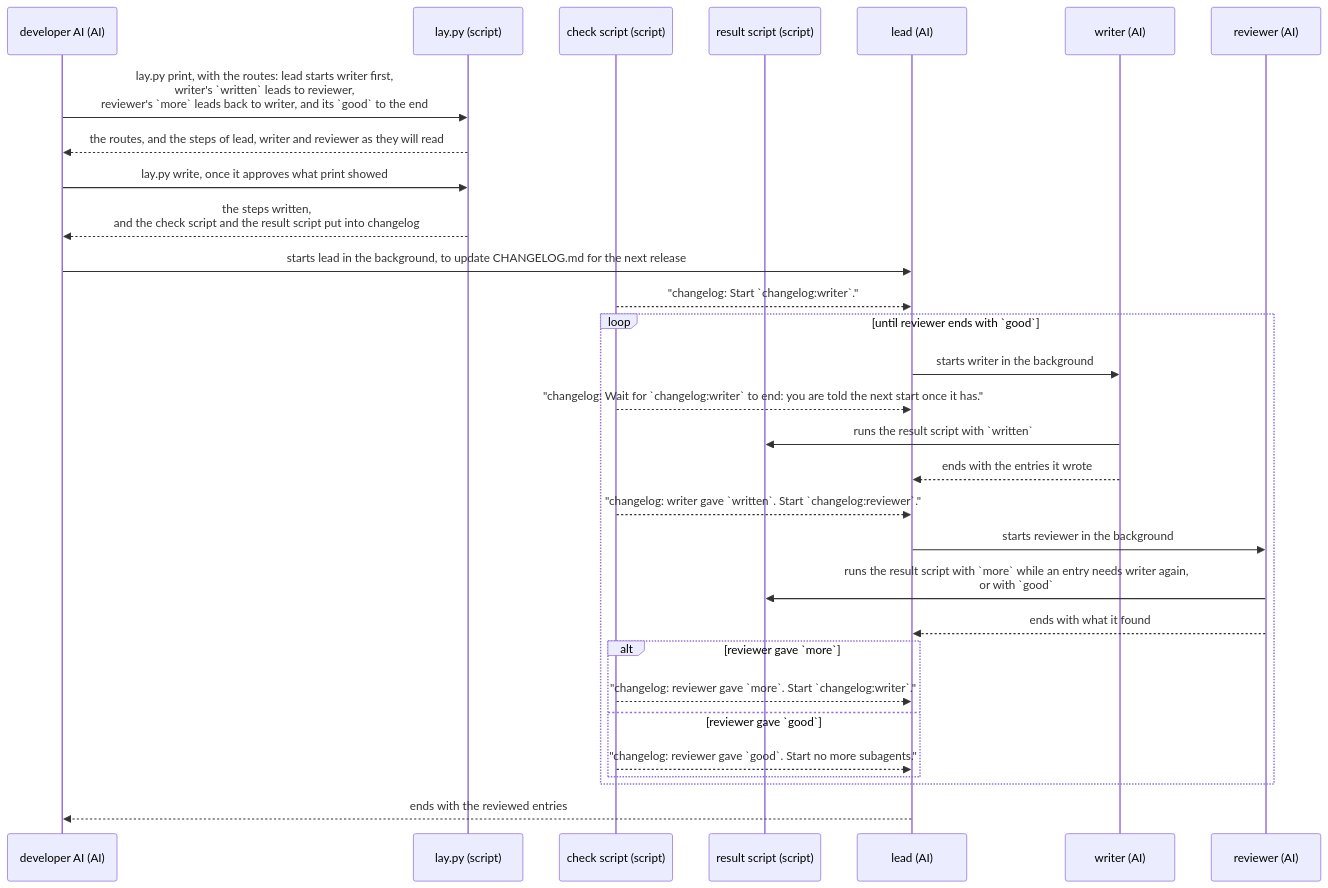
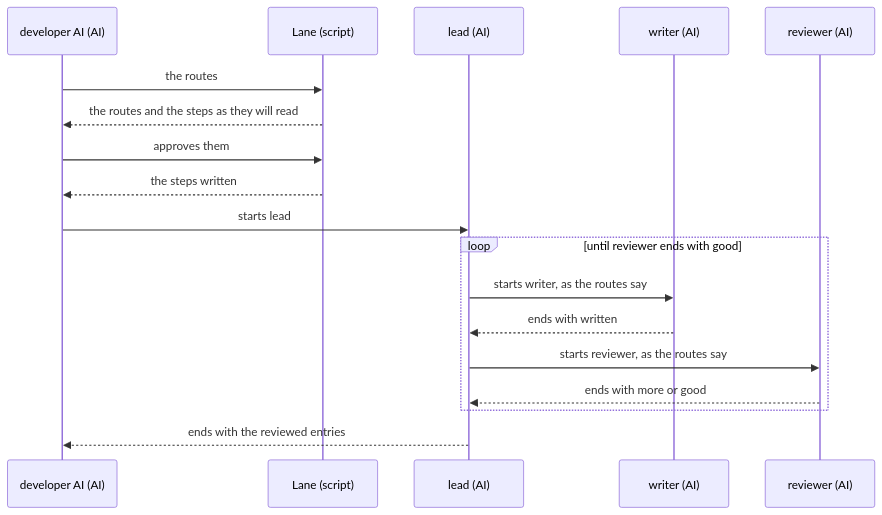
One commit to lovaizu/ccpm changed the second of 2 diagrams in dev/lane/ux.md. Above: the diagram before and after it, drawn with Mermaid. The commit also changed other lines of this file and 1 other file, not shown here.

Commit message:
lane: the UX's scenarios show the developer AI's way from its need to its gain, Lane one closed box: what it gives, sees, approves and gets, the rules' and routes' content and Lane's scripts left to the README and the architecture
Claude-Session: https://claude.ai/code/session_0172CgKennAdVHkjNSG17oRu

````diff
--- a/dev/lane/ux.md
+++ b/dev/lane/ux.md
@@ -73,32 +64,20 @@
 ```mermaid
 sequenceDiagram
   participant A as developer AI (AI)
-  participant L as lay.py (script)
-  participant K as check script (script)
-  participant S as result script (script)
+  participant L as Lane (script)
   participant O as lead (AI)
   participant W as writer (AI)
   participant R as reviewer (AI)
-  A->>L: lay.py print, with the routes: lead starts writer first,<br>writer's `written` leads to reviewer,<br>reviewer's `more` leads back to writer, and its `good` to the end
-  L-->>A: the routes, and the steps of lead, writer and reviewer as they will read
-  A->>L: lay.py write, once it approves what print showed
-  L-->>A: the steps written,<br>and the check script and the result script put into changelog
-  A->>O: starts lead in the background, to update CHANGELOG.md for the next release
-  K-->>O: "changelog: Start `changelog:writer`."
-  loop until reviewer ends with `good`
-    O->>W: starts writer in the background
-    K-->>O: "changelog: Wait for `changelog:writer` to end: you are told the next start once it has."
-    W->>S: runs the result script with `written`
-    W-->>O: ends with the entries it wrote
-    K-->>O: "changelog: writer gave `written`. Start `changelog:reviewer`."
-    O->>R: starts reviewer in the background
-    R->>S: runs the result script with `more` while an entry needs writer again,<br>or with `good`
-    R-->>O: ends with what it found
-    alt reviewer gave `more`
-      K-->>O: "changelog: reviewer gave `more`. Start `changelog:writer`."
-    else reviewer gave `good`
-      K-->>O: "changelog: reviewer gave `good`. Start no more subagents."
-    end
+  A->>L: the routes
+  L-->>A: the routes and the steps as they will read
+  A->>L: approves them
+  L-->>A: the steps written
+  A->>O: starts lead
+  loop until reviewer ends with good
+    O->>W: starts writer, as the routes say
+    W-->>O: ends with written
+    O->>R: starts reviewer, as the routes say
+    R-->>O: ends with more or good
   end
   O-->>A: ends with the reviewed entries
 ```
````
